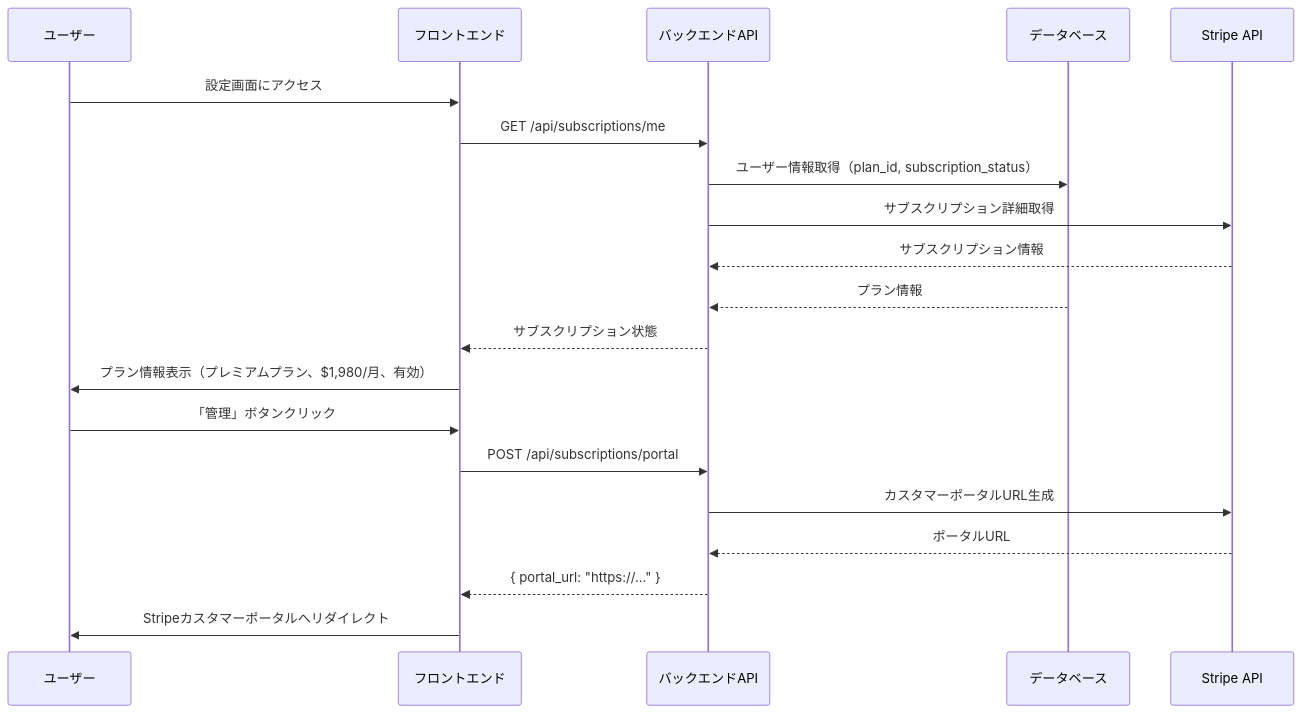
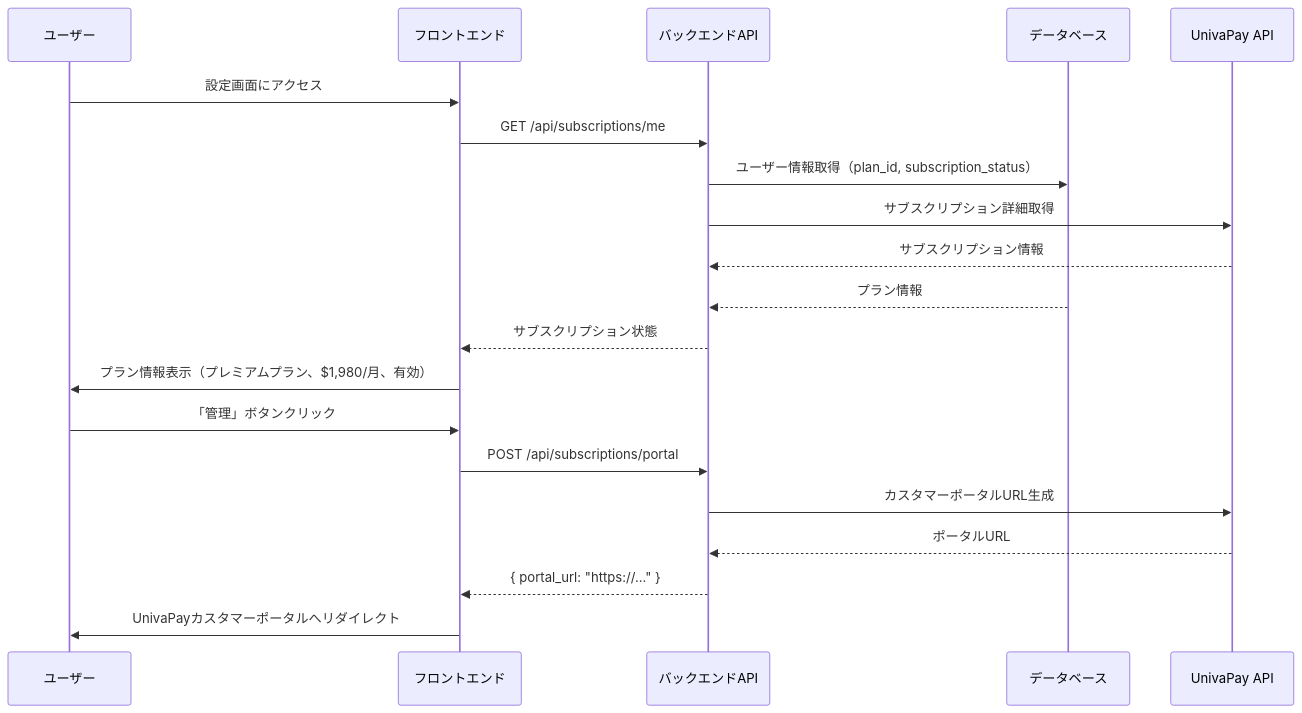
Before and after one commit to RRRRRRR-777/SikouLab: the seventh of 8 diagrams in docs/functions/settings/home.md, drawn with Mermaid. The commit also changed other lines of this file and 110 other files, not shown here.

````diff
--- a/docs/functions/settings/home.md
+++ b/docs/functions/settings/home.md
@@ -276,26 +278,26 @@
 ```mermaid
 sequenceDiagram
     participant User as ユーザー
     participant Front as フロントエンド
     participant API as バックエンドAPI
     participant DB as データベース
-    participant Stripe as Stripe API
+    participant UnivaPay as UnivaPay API
 
     %% 初期表示
     User->>Front: 設定画面にアクセス
     Front->>API: GET /api/subscriptions/me
     API->>DB: ユーザー情報取得（plan_id, subscription_status）
-    API->>Stripe: サブスクリプション詳細取得
-    Stripe-->>API: サブスクリプション情報
+    API->>UnivaPay: サブスクリプション詳細取得
+    UnivaPay-->>API: サブスクリプション情報
     DB-->>API: プラン情報
     API-->>Front: サブスクリプション状態
     Front->>User: プラン情報表示（プレミアムプラン、$1,980/月、有効）
 
     %% 管理ボタンクリック
     User->>Front: 「管理」ボタンクリック
     Front->>API: POST /api/subscriptions/portal
-    API->>Stripe: カスタマーポータルURL生成
-    Stripe-->>API: ポータルURL
+    API->>UnivaPay: カスタマーポータルURL生成
+    UnivaPay-->>API: ポータルURL
     API-->>Front: { portal_url: "https://..." }
-    Front->>User: Stripeカスタマーポータルへリダイレクト
+    Front->>User: UnivaPayカスタマーポータルへリダイレクト
 ```
````
